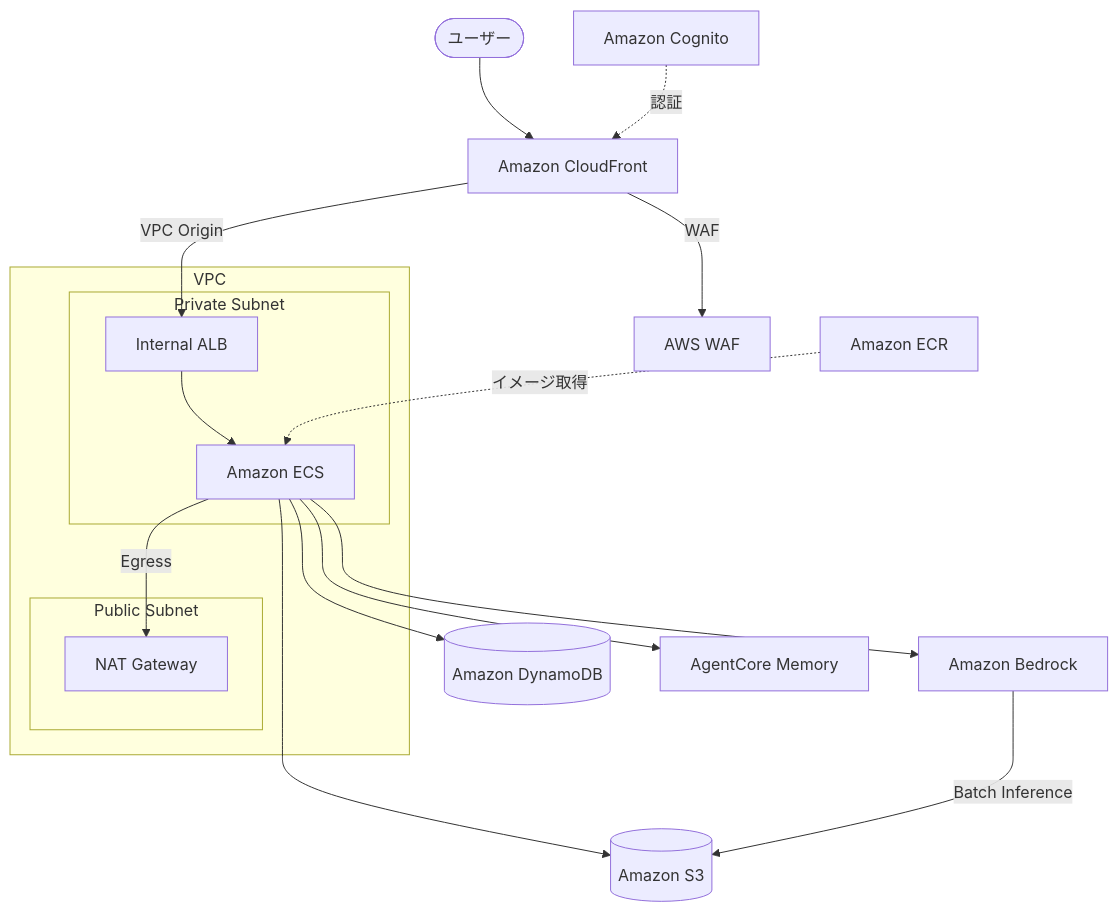
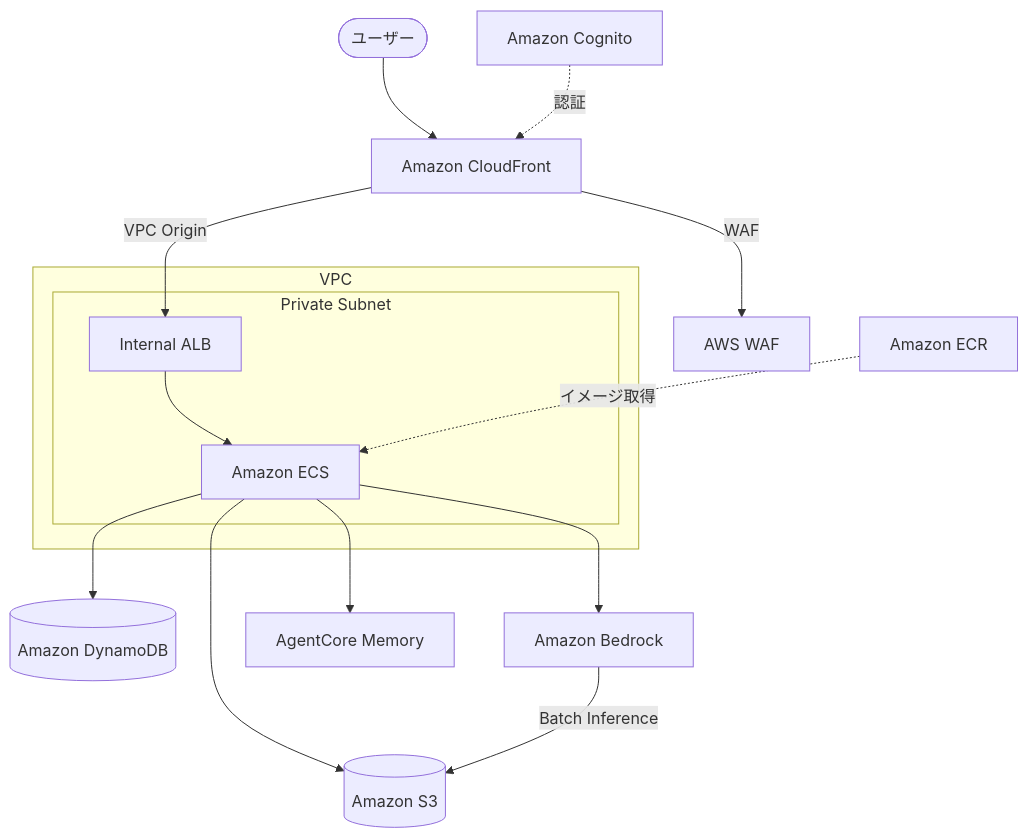
The diagram in cdk/README.md (aws-samples/sample-ai-persona), drawn with Mermaid before and after one commit.

Commit message:
📚 docs(cloudfront-vpc-origin): アーキテクチャ図 - NAT Gateway経由の接続先を明示

````diff
--- a/cdk/README.md
+++ b/cdk/README.md
@@ -7,24 +7,20 @@
 ```mermaid
 graph TB
     User([ユーザー]) --> CloudFront[Amazon CloudFront]
     CloudFront -->|WAF| WAF[AWS WAF]
     CloudFront -->|VPC Origin| ALB
 
     subgraph VPC["VPC"]
         subgraph Private["Private Subnet"]
             ALB[Internal ALB] --> ECS[Amazon ECS]
         end
-        subgraph Public["Public Subnet"]
-            NAT[NAT Gateway]
-        end
-        ECS -->|Egress| NAT
     end
 
     Cognito[Amazon Cognito] -.->|認証| CloudFront
     ECR[Amazon ECR] -.->|イメージ取得| ECS
     ECS --> DynamoDB[(Amazon DynamoDB)]
     ECS --> S3[(Amazon S3)]
     ECS --> Bedrock[Amazon Bedrock]
     ECS --> Memory[AgentCore Memory]
     Bedrock -->|Batch Inference| S3
 ```
````
